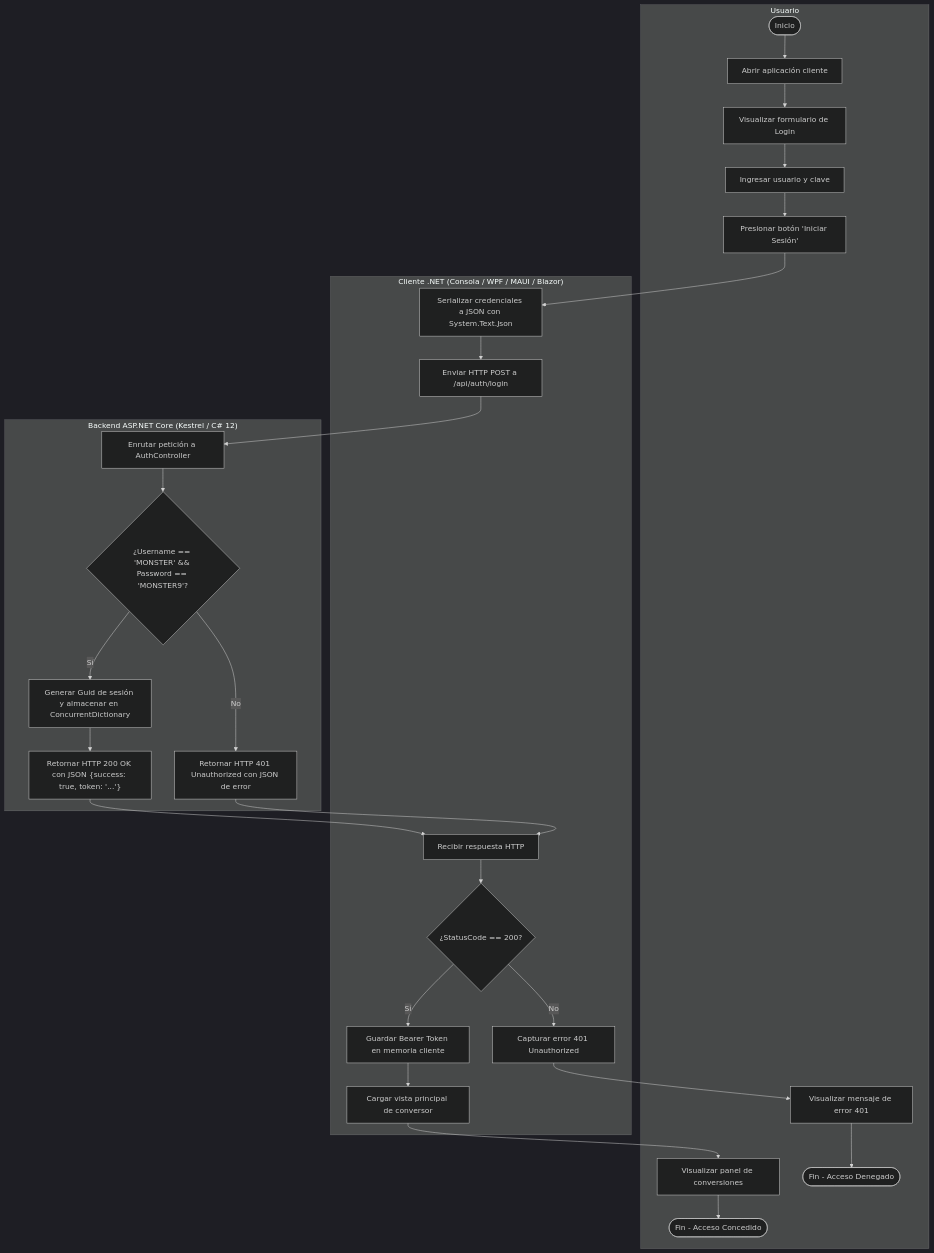
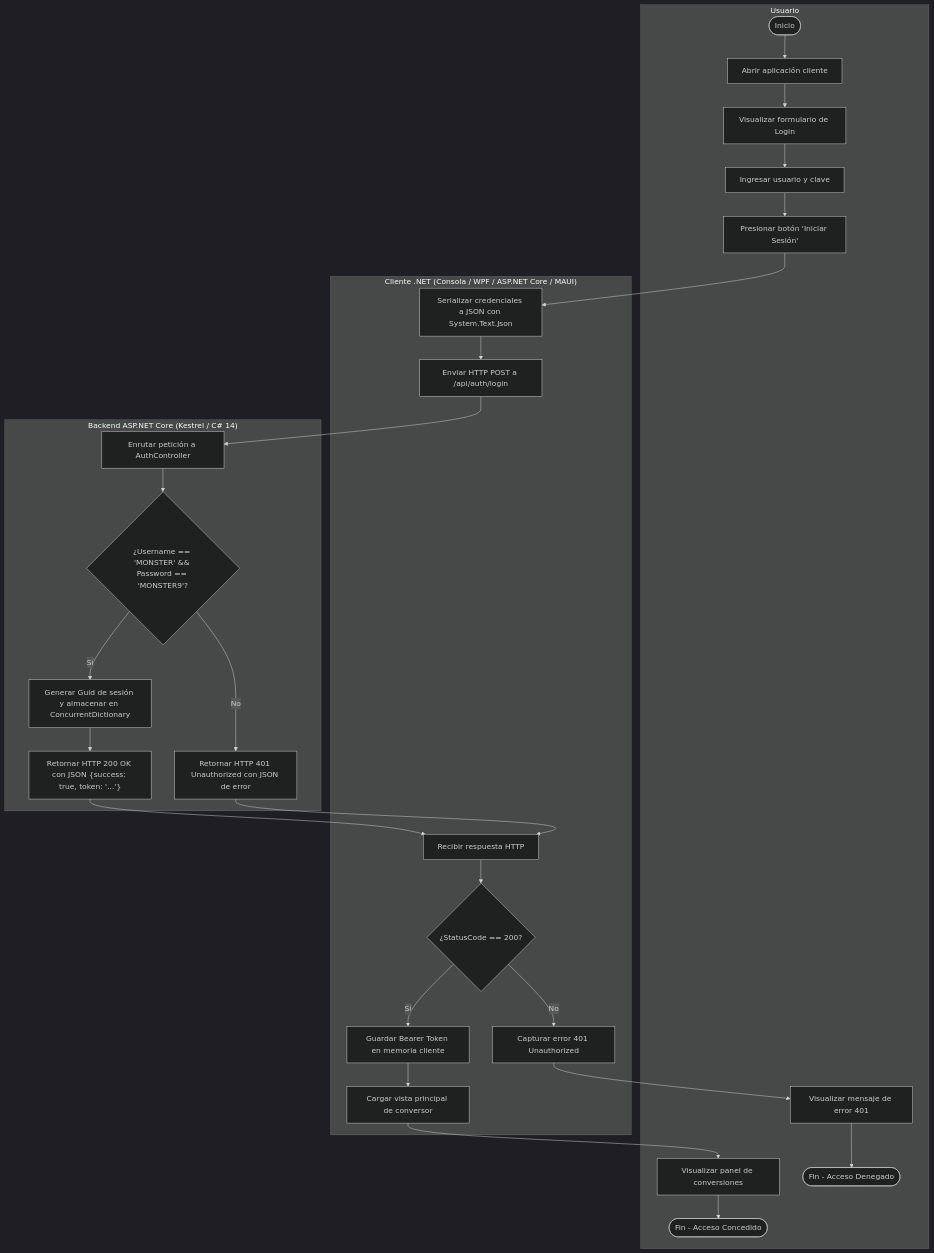
One commit to JulioViche/u1-sw-arch changed the third of 7 diagrams in vault/06-projects/ti-1-4-rest-dotnet/diagrams.md. Above: the diagram before and after it, drawn with Mermaid (dark theme). The commit also changed other lines of this file and 18 other files, not shown here.

````diff
--- a/vault/06-projects/ti-1-4-rest-dotnet/diagrams.md
+++ b/vault/06-projects/ti-1-4-rest-dotnet/diagrams.md
@@ -77,32 +77,32 @@
 ```mermaid
 flowchart TD
     subgraph LaneUsuario ["Usuario"]
         A1([Inicio]) --> A2["Abrir aplicación cliente"]
         A2 --> A3["Visualizar formulario de Login"]
         A3 --> A4["Ingresar usuario y clave"]
         A4 --> A5["Presionar botón 'Iniciar Sesión'"]
         A13["Visualizar panel de conversiones"] --> A14([Fin - Acceso Concedido])
         A15["Visualizar mensaje de error 401"] --> A16([Fin - Acceso Denegado])
     end
 
-    subgraph LaneCliente ["Cliente .NET (Consola / WPF / MAUI / Blazor)"]
+    subgraph LaneCliente ["Cliente .NET (Consola / WPF / ASP.NET Core / MAUI)"]
         A5 --> B1["Serializar credenciales a JSON con System.Text.Json"]
         B1 --> B2["Enviar HTTP POST a /api/auth/login"]
         B3["Recibir respuesta HTTP"] --> B4{"¿StatusCode == 200?"}
         B4 -- Sí --> B5["Guardar Bearer Token en memoria cliente"]
         B5 --> B6["Cargar vista principal de conversor"]
         B6 --> A13
         B4 -- No --> B7["Capturar error 401 Unauthorized"]
         B7 --> A15
     end
 
-    subgraph LaneServidor ["Backend ASP.NET Core (Kestrel / C# 12)"]
+    subgraph LaneServidor ["Backend ASP.NET Core (Kestrel / C# 14)"]
         B2 --> S1["Enrutar petición a AuthController"]
         S1 --> S2{"¿Username == 'MONSTER' && Password == 'MONSTER9'?"}
         S2 -- Sí --> S3["Generar Guid de sesión y almacenar en ConcurrentDictionary"]
         S3 --> S4["Retornar HTTP 200 OK con JSON {success: true, token: '...'}"]
         S2 -- No --> S5["Retornar HTTP 401 Unauthorized con JSON de error"]
         S4 --> B3
         S5 --> B3
     end
 ```
````
